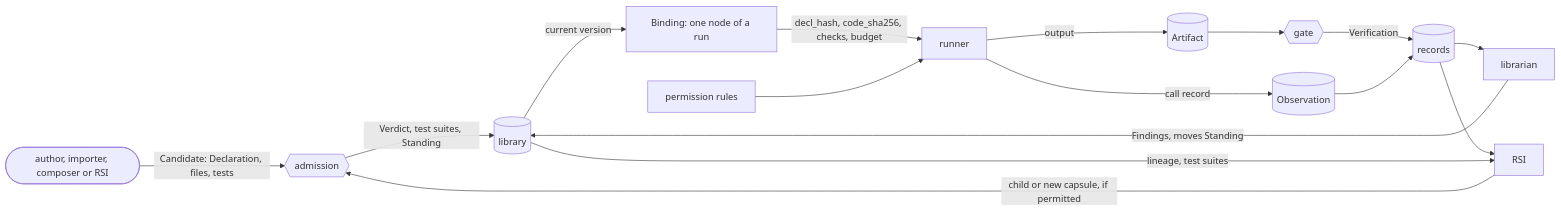
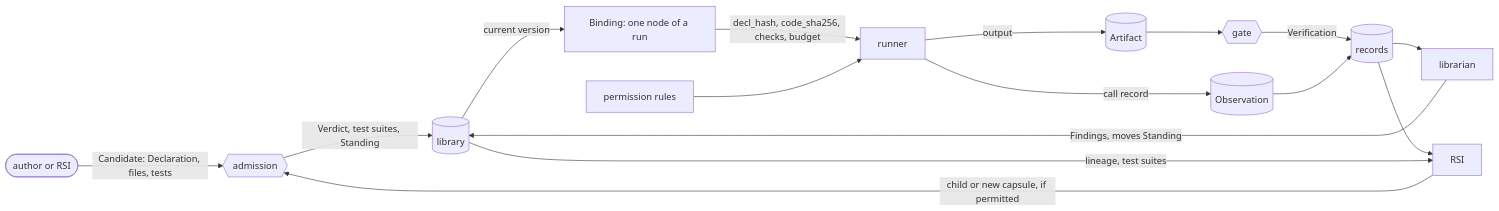
Before and after one commit to Stellven/jiuwenswarm: the diagram in docs/architecture/capsule/capsule.md, drawn with Mermaid. The commit also changed other lines of this file and 324 other files, not shown here.

First line of the commit message:
Reorganize architecture library into one thin, current M1 design

````diff
--- a/docs/architecture/capsule/capsule.md
+++ b/docs/architecture/capsule/capsule.md
@@ -119,18 +111,18 @@
 ```mermaid
 flowchart LR
-    AU([author, importer, composer or RSI]) -->|Candidate: Declaration, files, tests| ADM{{admission}}
+    AU([author or RSI]) -->|Candidate: Declaration, files, tests| ADM{{admission}}
     ADM -->|Verdict, test suites, Standing| LIB[(library)]
     LIB -->|current version| BND[Binding: one node of a run]
     BND -->|decl_hash, code_sha256, checks, budget| RU[runner]
     PERM[permission rules] --> RU
     RU -->|output| ART[(Artifact)]
     RU -->|call record| OBS[(Observation)]
     ART --> GT{{gate}}
     GT -->|Verification| LOG[(records)]
     OBS --> LOG
     LOG --> LBR[librarian]
     LBR -->|Findings, moves Standing| LIB
     LOG --> RSI[RSI]
     LIB -->|lineage, test suites| RSI
     RSI -->|child or new capsule, if permitted| ADM
 ```
````
